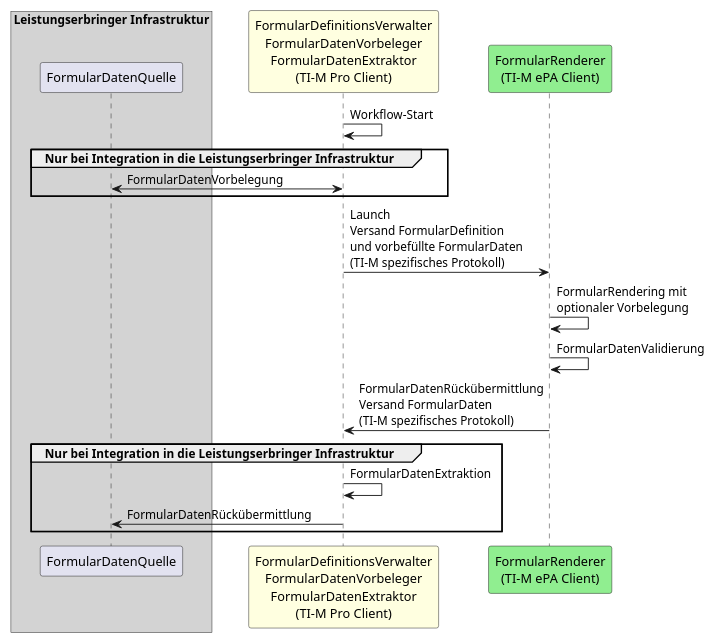
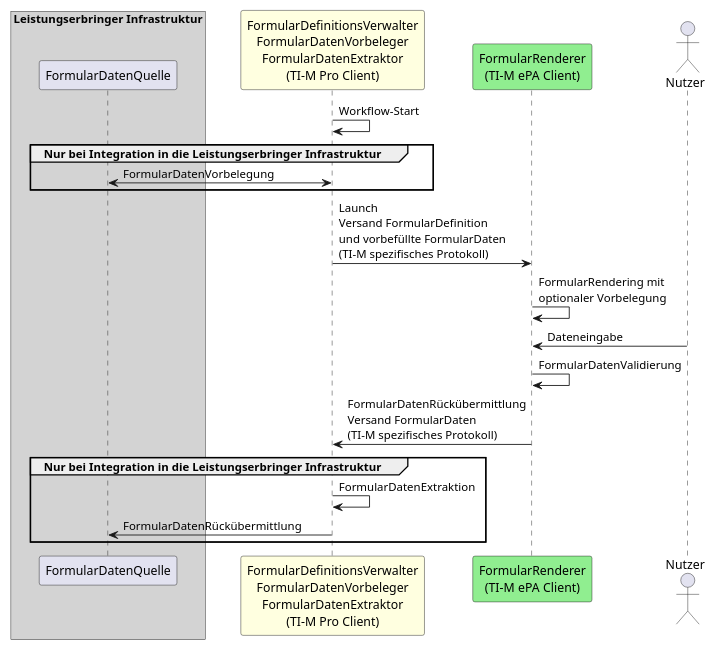
One commit to gematik/spec-ISiK-Basismodul changed the diagram in publisher-guides/Formular/input/images-source/akteure_tim.plantuml. Above: the diagram before and after it, drawn with PlantUML. The commit also changed 1 other file, not shown here.

```diff
--- a/publisher-guides/Formular/input/images-source/akteure_tim.plantuml
+++ b/publisher-guides/Formular/input/images-source/akteure_tim.plantuml
@@ -1,20 +1,22 @@
 @startuml
 scale max 700 width
 box "Leistungserbringer Infrastruktur" #LightGrey
     participant "FormularDatenQuelle" as FDQ
 end box
 participant "FormularDefinitionsVerwalter\nFormularDatenVorbeleger\nFormularDatenExtraktor\n(TI-M Pro Client)" as FDV #LightYellow
 participant "FormularRenderer\n(TI-M ePA Client)" as FR #LightGreen
+actor "Nutzer" as USR
 FDV -> FDV : Workflow-Start
 group Nur bei Integration in die Leistungserbringer Infrastruktur
     FDV <-> FDQ: FormularDatenVorbelegung
 end
 FDV -> FR : Launch\nVersand FormularDefinition\nund vorbefüllte FormularDaten\n(TI-M spezifisches Protokoll)
 FR -> FR : FormularRendering mit\noptionaler Vorbelegung
+USR -> FR : Dateneingabe
 FR -> FR : FormularDatenValidierung
 FR -> FDV : FormularDatenRückübermittlung\nVersand FormularDaten\n(TI-M spezifisches Protokoll)
 group Nur bei Integration in die Leistungserbringer Infrastruktur
     FDV -> FDV : FormularDatenExtraktion
     FDV -> FDQ: FormularDatenRückübermittlung
 end
 @enduml
```
